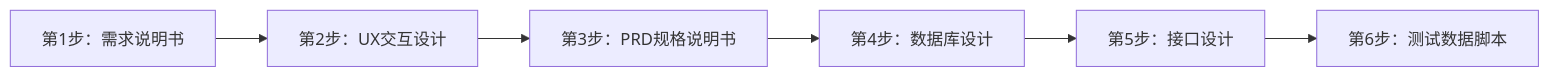
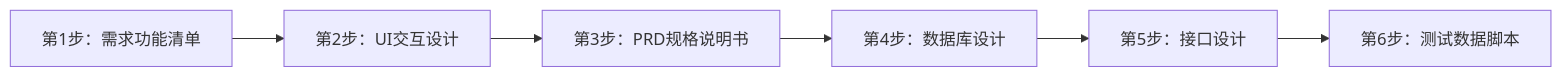
Before and after one commit to wyh6635/wyh-ai-coding: the diagram in docs/AI生成代码.md, drawn with Mermaid. The commit also changed other lines of this file and 2 other files, not shown here.

````diff
--- a/docs/AI生成代码.md
+++ b/docs/AI生成代码.md
@@ -116,8 +116,8 @@
 ```mermaid
 flowchart LR
-    A[第1步：需求说明书] --> B[第2步：UX交互设计]
+    A[第1步：需求功能清单] --> B[第2步：UI交互设计]
     B --> C[第3步：PRD规格说明书]
     C --> D[第4步：数据库设计]
     D --> E[第5步：接口设计]
     E --> F[第6步：测试数据脚本]
 ```
````
